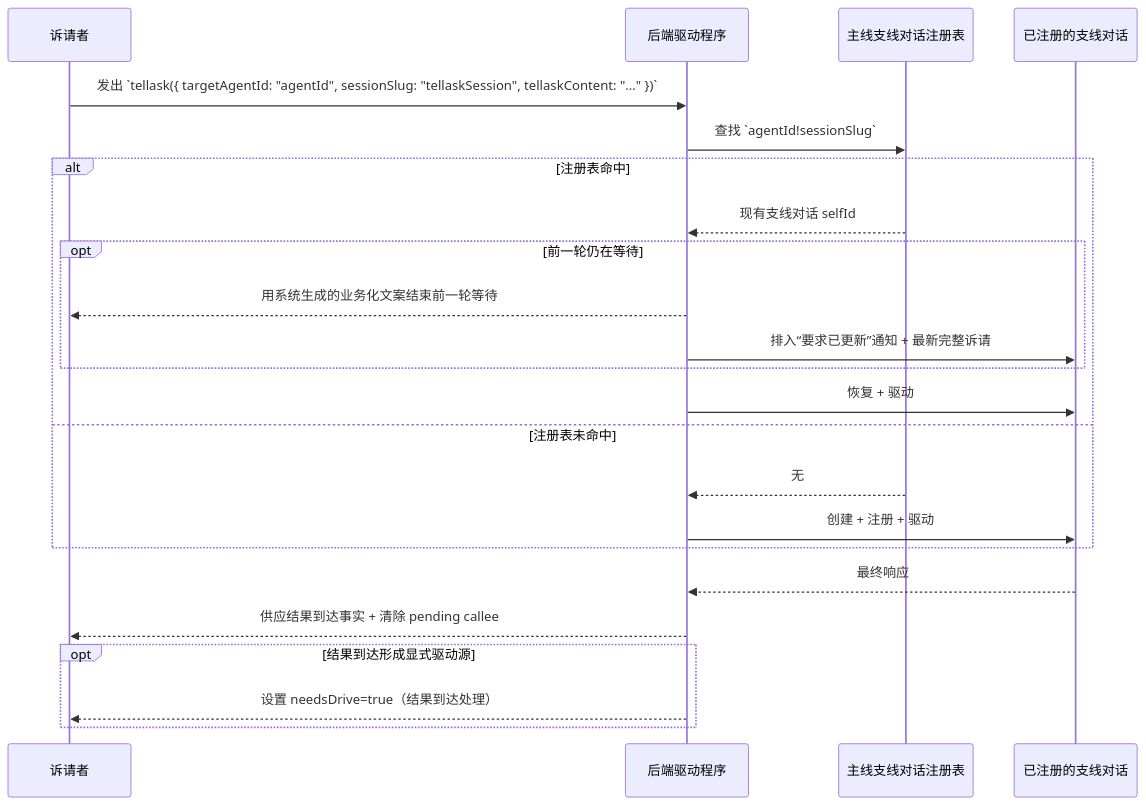
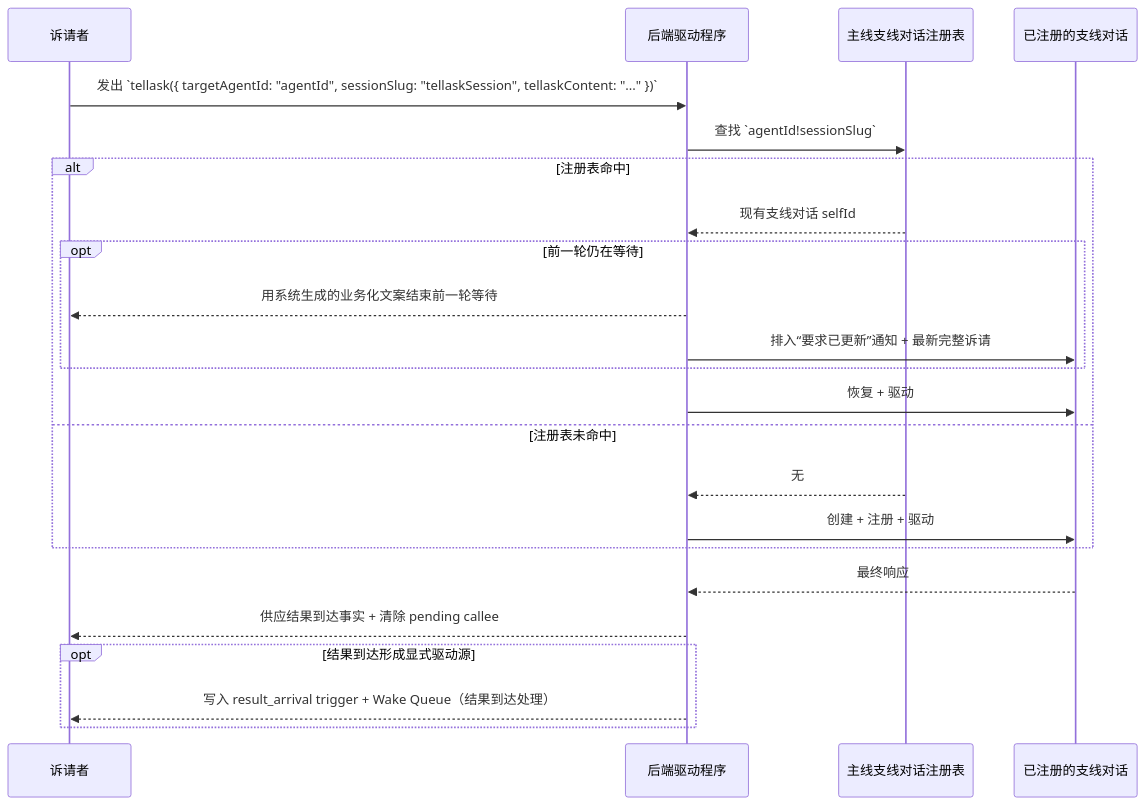
Before and after one commit to longrun-ai/dominds: diagram 12 of 19 in docs/dialog-system.zh.md, drawn with Mermaid. The commit also changed other lines of this file and 7 other files, not shown here.

````diff
--- a/docs/dialog-system.zh.md
+++ b/docs/dialog-system.zh.md
@@ -1266,26 +1266,26 @@
 ```mermaid
 sequenceDiagram
   participant Tellasker as 诉请者
   participant Driver as 后端驱动程序
   participant Reg as 主线支线对话注册表
   participant Side as 已注册的支线对话
 
   Tellasker->>Driver: 发出 `tellask({ targetAgentId: "agentId", sessionSlug: "tellaskSession", tellaskContent: "..." })`
   Driver->>Reg: 查找 `agentId!sessionSlug`
   alt 注册表命中
     Reg-->>Driver: 现有支线对话 selfId
     opt 前一轮仍在等待
       Driver-->>Tellasker: 用系统生成的业务化文案结束前一轮等待
       Driver->>Side: 排入“要求已更新”通知 + 最新完整诉请
     end
     Driver->>Side: 恢复 + 驱动
   else 注册表未命中
     Reg-->>Driver: 无
     Driver->>Side: 创建 + 注册 + 驱动
   end
   Side-->>Driver: 最终响应
   Driver-->>Tellasker: 供应结果到达事实 + 清除 pending callee
   opt 结果到达形成显式驱动源
-    Driver-->>Tellasker: 设置 needsDrive=true（结果到达处理）
+    Driver-->>Tellasker: 写入 result_arrival trigger + Wake Queue（结果到达处理）
   end
 ```
````
